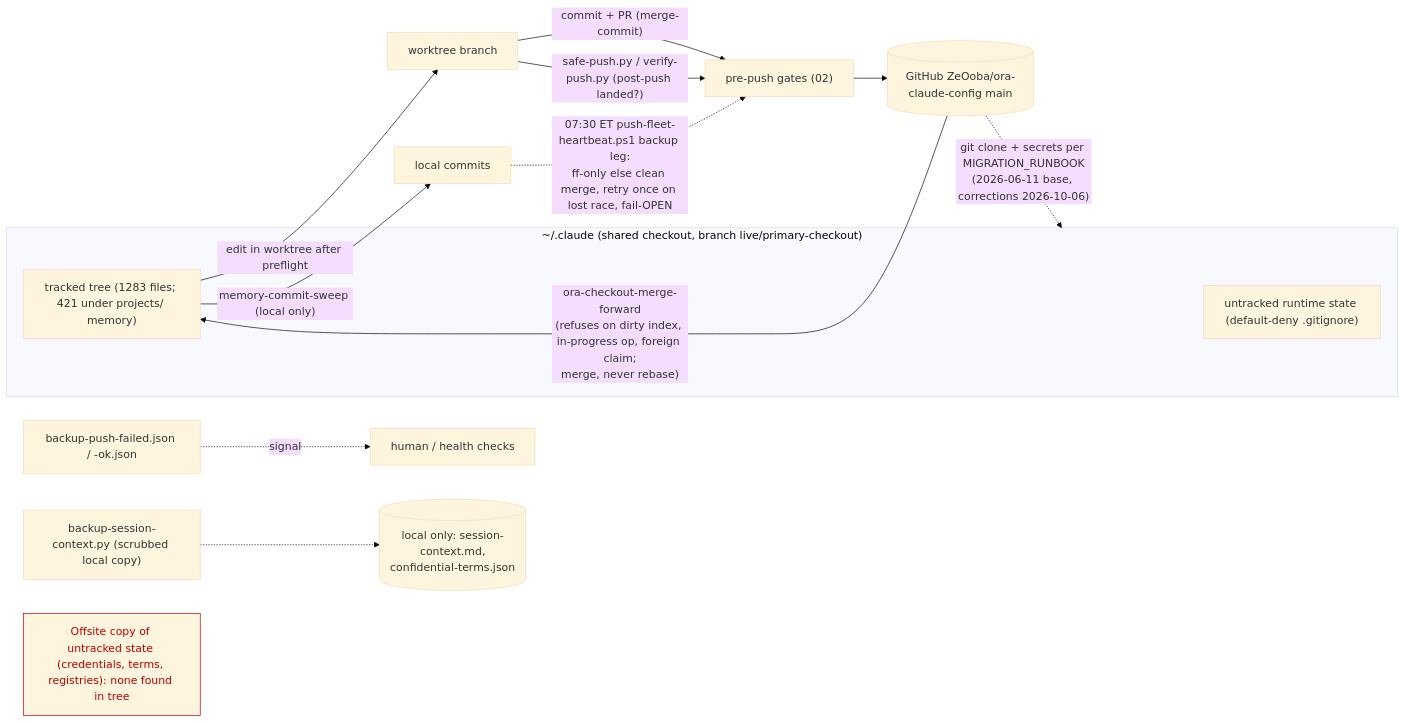
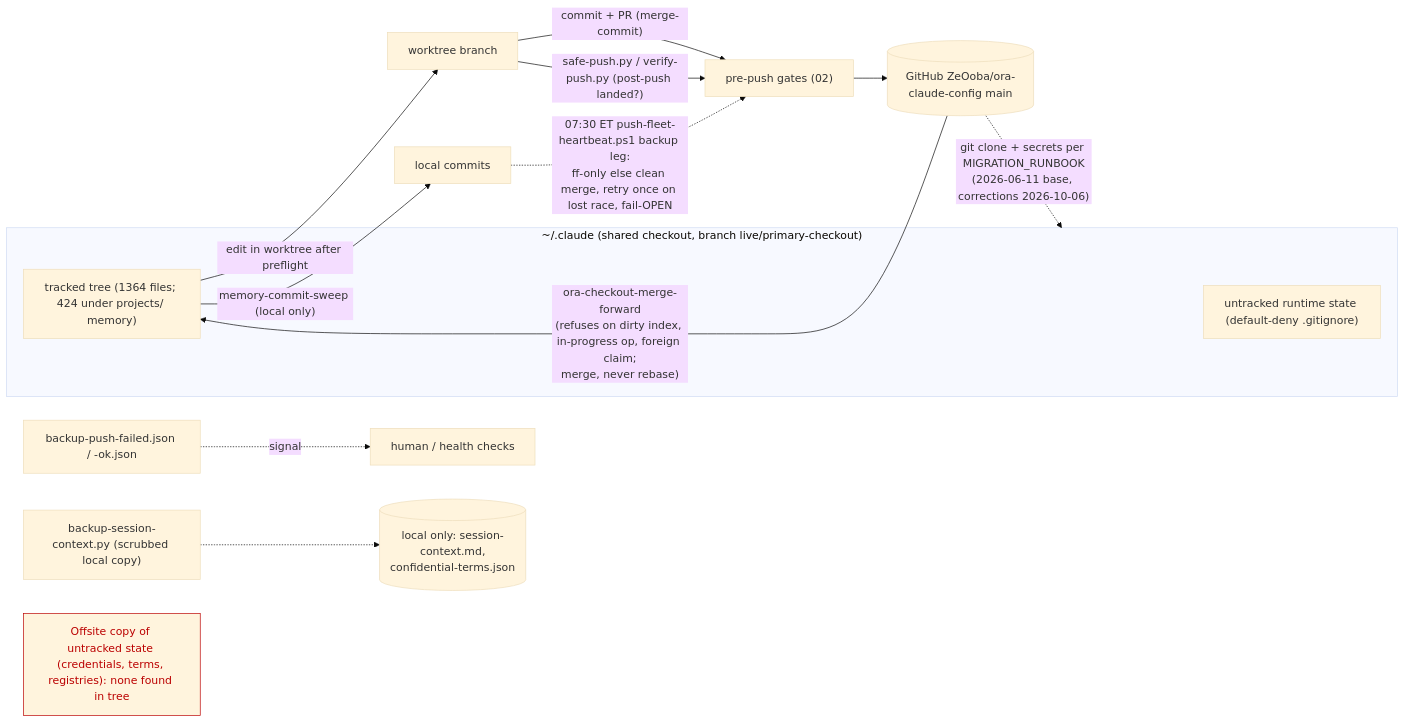
Before and after one commit to ZeOoba/ora-claude-config: the diagram in docs/diagrams/06_backup_and_landing.mmd, drawn with Mermaid (base theme). The commit also changed 3 other files, not shown here.

First line of the commit message:
docs(diagrams): refresh diagrams and counts against current code (2026-10-28)

```diff
--- a/docs/diagrams/06_backup_and_landing.mmd
+++ b/docs/diagrams/06_backup_and_landing.mmd
@@ -1,21 +1,21 @@
 %% From README 4c, maintenance/push-fleet-heartbeat.ps1:1-68 (v3.2), maintenance/checkout-merge-forward.py:1-40,
 %% safe-push.py, verify-push.py. git status -sb on 2026-10-06: live/primary-checkout ahead 3 / behind 4 vs origin/main
 %% (point-in-time; re-check before relying on it).
-%% diagram-verified: 2026-10-06
+%% diagram-verified: 2026-10-28
 flowchart LR
   subgraph DISK["~/.claude (shared checkout, branch live/primary-checkout)"]
     RT["untracked runtime state (default-deny .gitignore)"]
-    TR["tracked tree (1283 files; 421 under projects/ memory)"]
+    TR["tracked tree (1364 files; 424 under projects/ memory)"]
   end
   TR -->|"edit in worktree after preflight"| WT["worktree branch"]
   WT -->|"commit + PR (merge-commit)"| GATES["pre-push gates (02)"]
   WT -->|"safe-push.py / verify-push.py (post-push landed?)"| GATES
   GATES --> GH[("GitHub ZeOoba/ora-claude-config main")]
   TR -->|"memory-commit-sweep (local only)"| LCOM["local commits"]
   LCOM -.->|"07:30 ET push-fleet-heartbeat.ps1 backup leg:<br/>ff-only else clean merge, retry once on lost race, fail-OPEN"| GATES
   FLAGS["backup-push-failed.json / -ok.json"] -.signal.-> HUMAN["human / health checks"]
   GH -->|"ora-checkout-merge-forward<br/>(refuses on dirty index, in-progress op, foreign claim;<br/>merge, never rebase)"| TR
   GH -.->|"git clone + secrets per MIGRATION_RUNBOOK<br/>(2026-06-11 base, corrections 2026-10-06)"| DISK
   SC["backup-session-context.py (scrubbed local copy)"] -.-> LOCALONLY[("local only: session-context.md,<br/>confidential-terms.json")]
   OFFSITE["Offsite copy of untracked state (credentials, terms, registries): none found in tree"]:::warn
   classDef warn color:#b00,stroke:#b00
```
